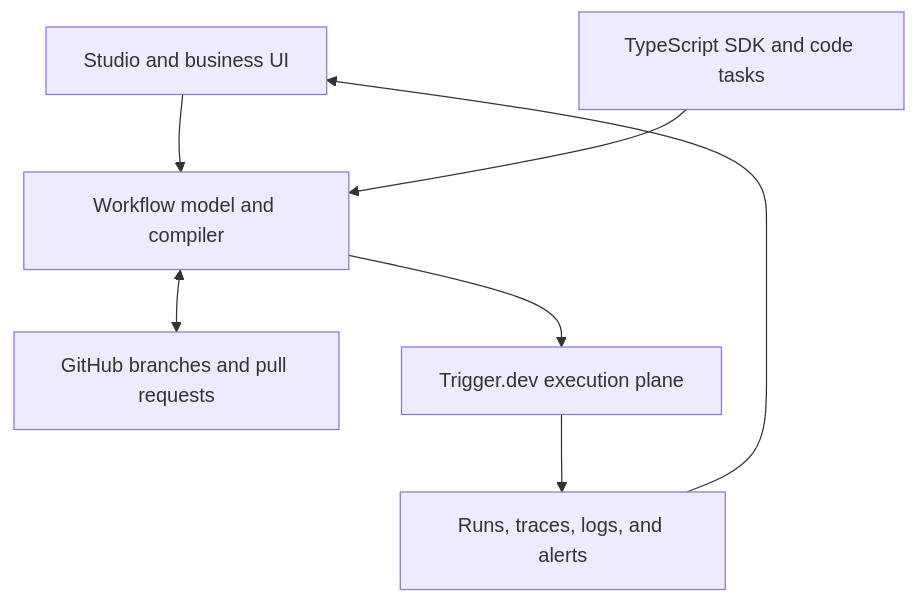
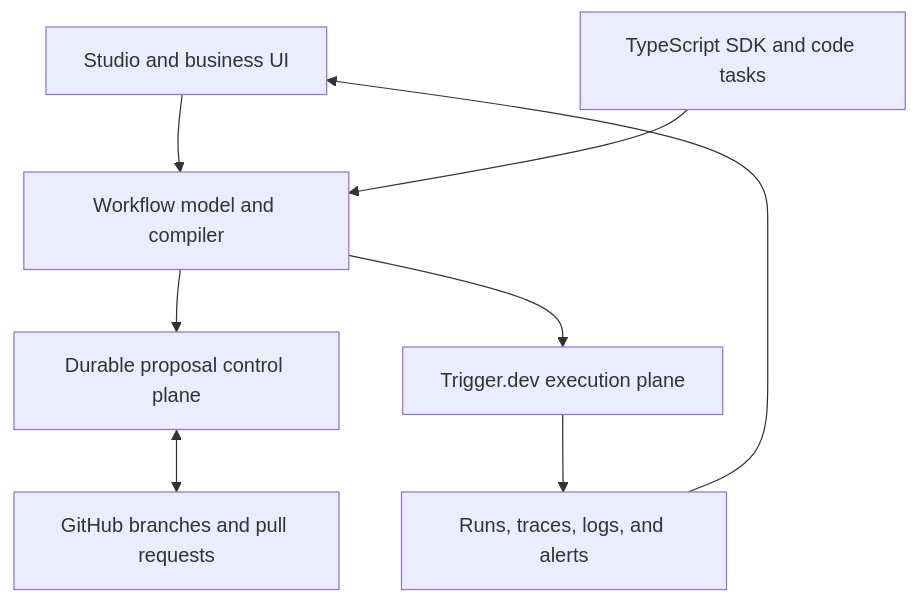
Before and after one commit to ahamdjin/Flowcordia: the diagram in flowcordia/architecture/README.md, drawn with Mermaid. The commit also changed other lines of this file and 36 other files, not shown here.

Commit message:
Add durable proposal control plane

````diff
--- a/flowcordia/architecture/README.md
+++ b/flowcordia/architecture/README.md
@@ -5,9 +5,10 @@
 ```mermaid
 flowchart TD
   Studio["Studio and business UI"] --> Model["Workflow model and compiler"]
   SDK["TypeScript SDK and code tasks"] --> Model
-  Model <--> GitHub["GitHub branches and pull requests"]
+  Model --> Control["Durable proposal control plane"]
+  Control <--> GitHub["GitHub branches and pull requests"]
   Model --> Runtime["Trigger.dev execution plane"]
   Runtime --> Observability["Runs, traces, logs, and alerts"]
   Observability --> Studio
 ```
````
